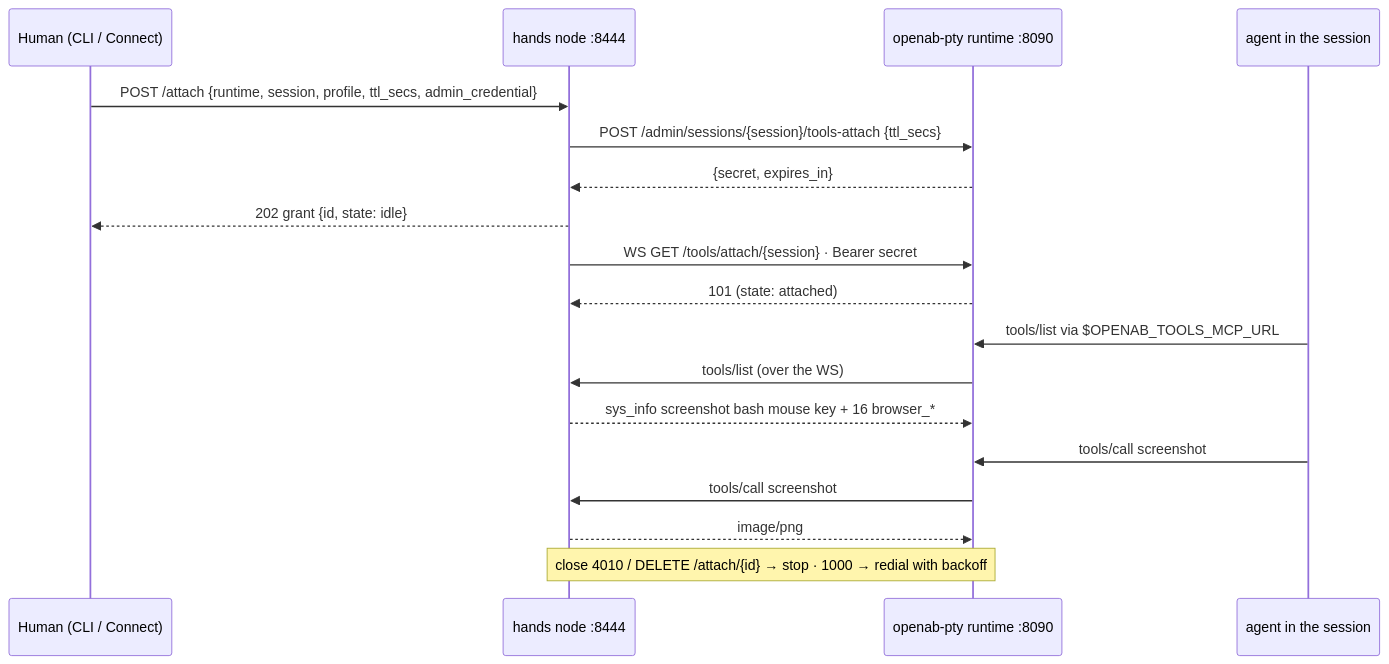
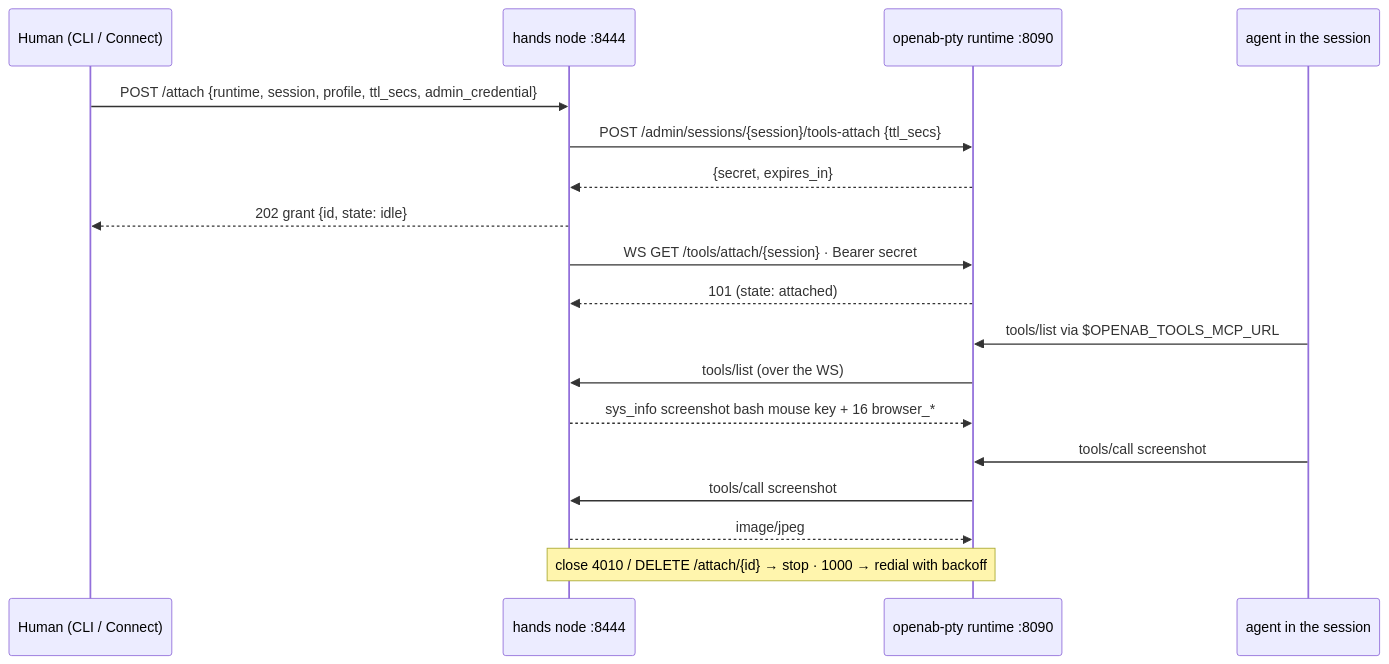
The second of 2 diagrams in docs/linux-setup.md (openabdev/openab-computer), drawn with Mermaid before and after one commit. The commit also changed other lines of this file and 12 other files, not shown here.

````diff
--- a/docs/linux-setup.md
+++ b/docs/linux-setup.md
@@ -249,20 +249,20 @@
 ```mermaid
 sequenceDiagram
     participant H as Human (CLI / Connect)
     participant N as hands node :8444
     participant R as openab-pty runtime :8090
     participant A as agent in the session
     H->>N: POST /attach {runtime, session, profile, ttl_secs, admin_credential}
     N->>R: POST /admin/sessions/{session}/tools-attach {ttl_secs}
     R-->>N: {secret, expires_in}
     N-->>H: 202 grant {id, state: idle}
     N->>R: WS GET /tools/attach/{session} · Bearer secret
     R-->>N: 101 (state: attached)
     A->>R: tools/list via $OPENAB_TOOLS_MCP_URL
     R->>N: tools/list (over the WS)
     N-->>R: sys_info screenshot bash mouse key + 16 browser_*
     A->>R: tools/call screenshot
     R->>N: tools/call screenshot
-    N-->>R: image/png
+    N-->>R: image/jpeg
     Note over N,R: close 4010 / DELETE /attach/{id} → stop · 1000 → redial with backoff
 ```
````
